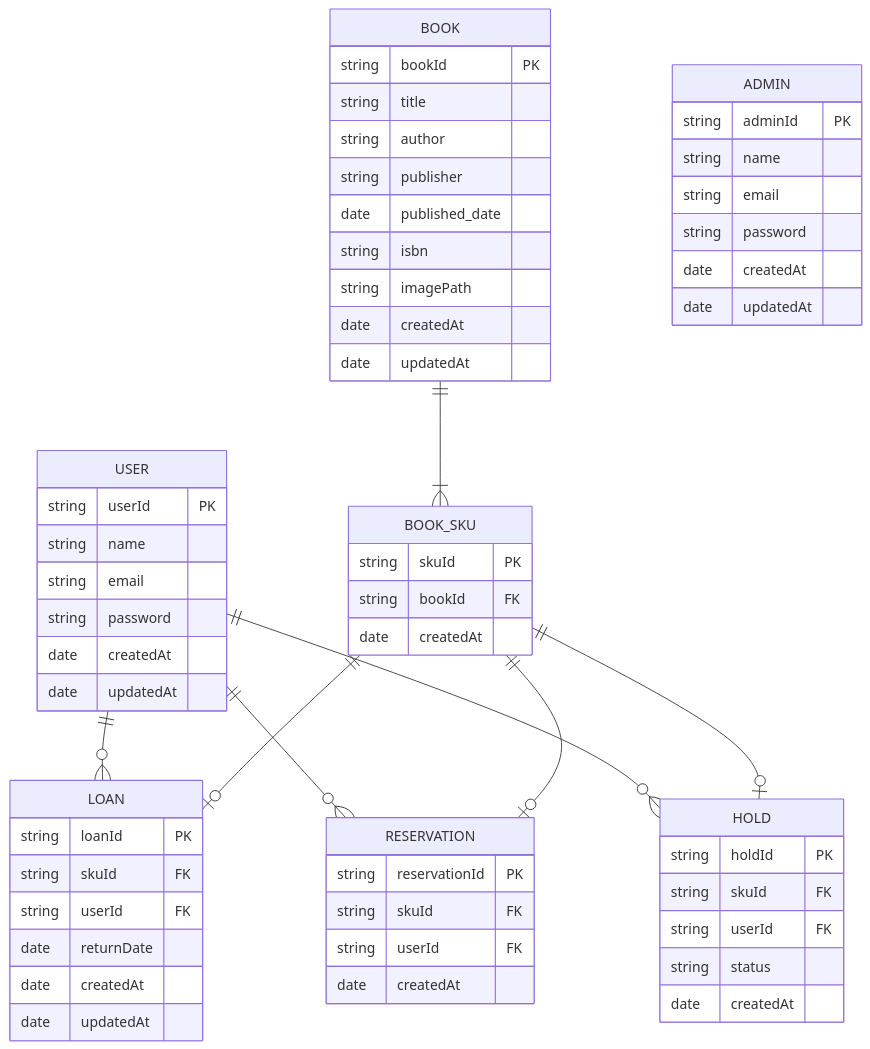
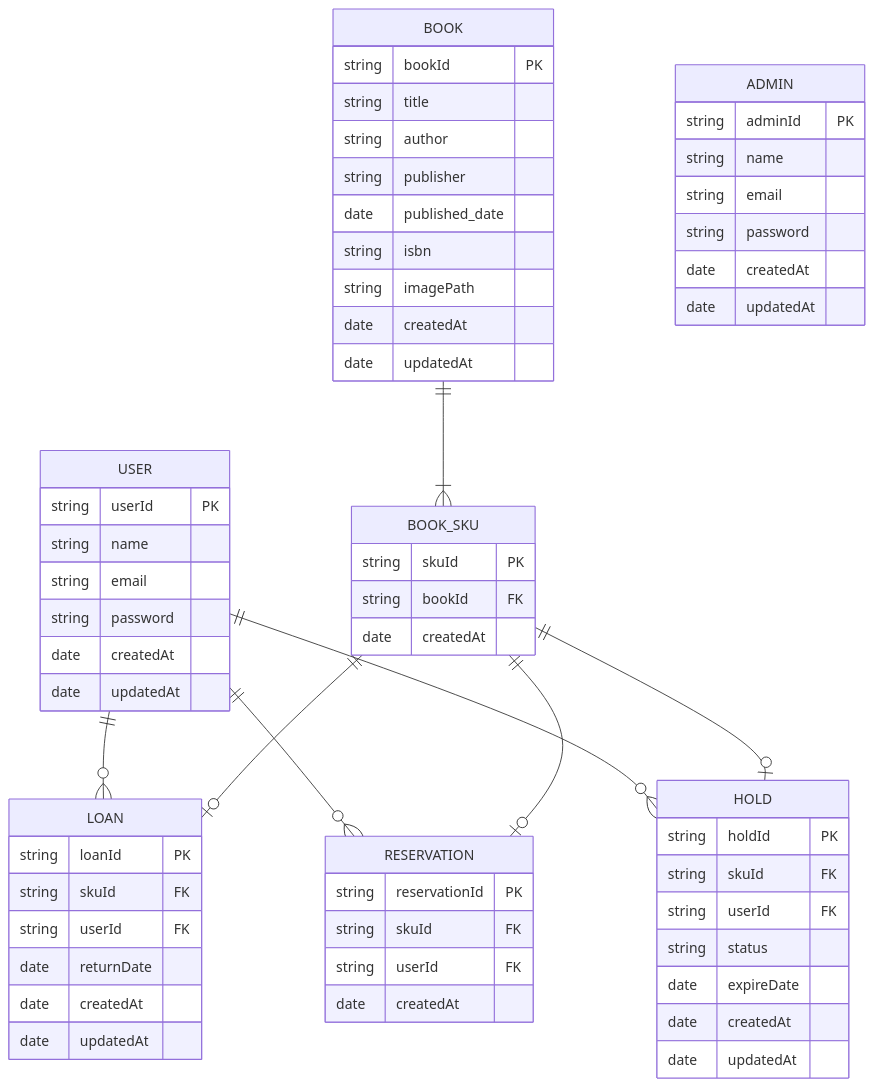
One commit to saki-orange/library-app changed the first of 2 diagrams in docs/architecture.md. Above: the diagram before and after it, drawn with Mermaid. The commit also changed other lines of this file and 23 other files, not shown here.

````diff
--- a/docs/architecture.md
+++ b/docs/architecture.md
@@ -183,74 +183,76 @@
 ```mermaid
 erDiagram
     %% マスタ
     USER {
         string userId PK
         string name
         string email
         string password
         date createdAt
         date updatedAt
     }
     %% マスタ
     BOOK {
         %% ISBN重複なし
         string bookId PK
         string title
         string author
         string publisher
         date published_date
         string isbn
         string imagePath
         date createdAt
         date updatedAt
     }
     %% マスタ
     BOOK ||--|{ BOOK_SKU : ""
     BOOK_SKU {
         %% ISBN重複有り
         string skuId PK
         string bookId FK
         date createdAt
     }
     %% トランザクション
     USER ||--o{ LOAN : ""
     BOOK_SKU ||--o| LOAN : ""
     LOAN {
         string loanId PK
         string skuId FK
         string userId FK
         date returnDate
         date createdAt
         date updatedAt
     }
     %% トランザクション
     USER ||--o{ RESERVATION : ""
     BOOK_SKU ||--o| RESERVATION : ""
     RESERVATION {
         string reservationId PK
         string skuId FK
         string userId FK
         %% 予約した日時が古い順に貸す
         date createdAt
     }
     %% トランザクション
     USER ||--o{ HOLD : ""
     BOOK_SKU ||--o| HOLD : ""
     HOLD {
         string holdId PK
         string skuId FK
         string userId FK
         %% 取り置き処理中→取り置き完了→受け取り済み(削除・貸出中)
         string status
+        date expireDate
         date createdAt
+        date updatedAt
     }
     %% マスタ
     ADMIN {
         string adminId PK
         string name
         string email
         string password
         date createdAt
         date updatedAt
     }
 ```
````
